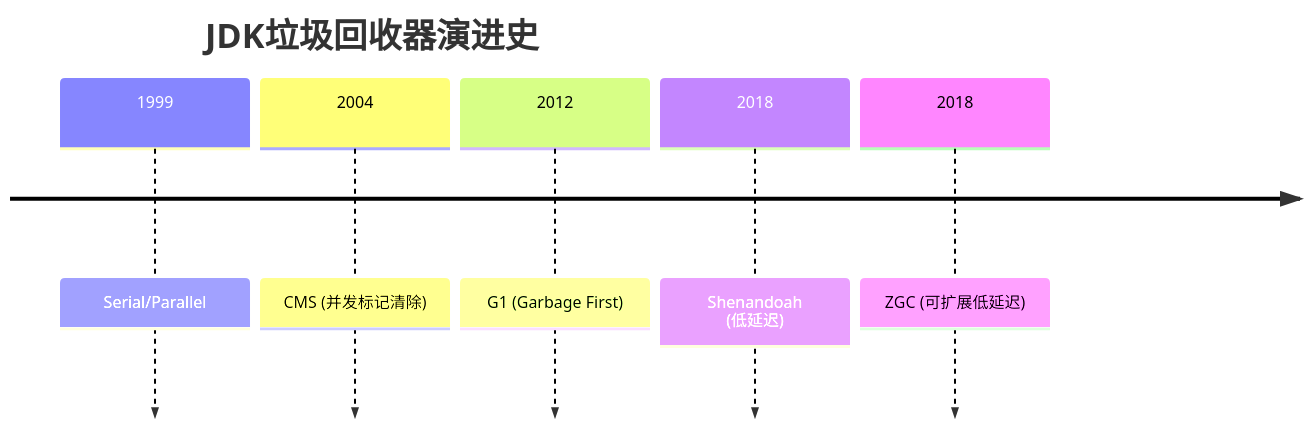
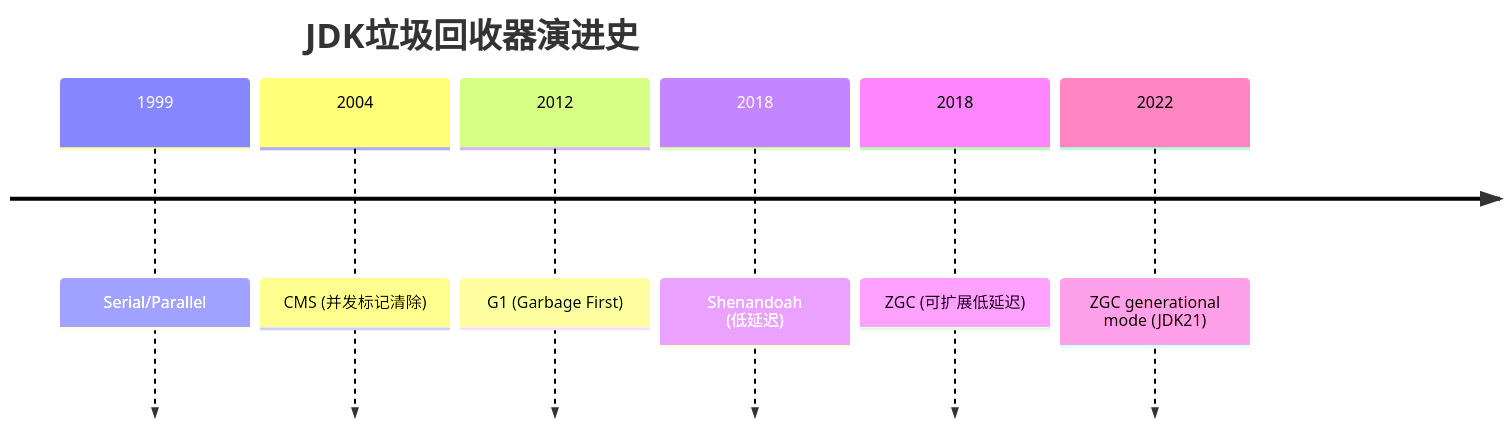
The first of 4 diagrams in content/good-work/JDK/垃圾回收器.md (lettlehan/hans-blog), drawn with Mermaid before and after one commit. The commit also changed other lines of this file and 16 other files, not shown here.

````diff
--- a/content/good-work/JDK/垃圾回收器.md
+++ b/content/good-work/JDK/垃圾回收器.md
@@ -13,9 +13,10 @@
 ```mermaid
 timeline
     title JDK垃圾回收器演进史
     1999 : Serial/Parallel
     2004 : CMS (并发标记清除)
     2012 : G1 (Garbage First)
     2018 : Shenandoah (低延迟)
     2018 : ZGC (可扩展低延迟)
+    2022 : ZGC generational mode (JDK21)
 ```
````
